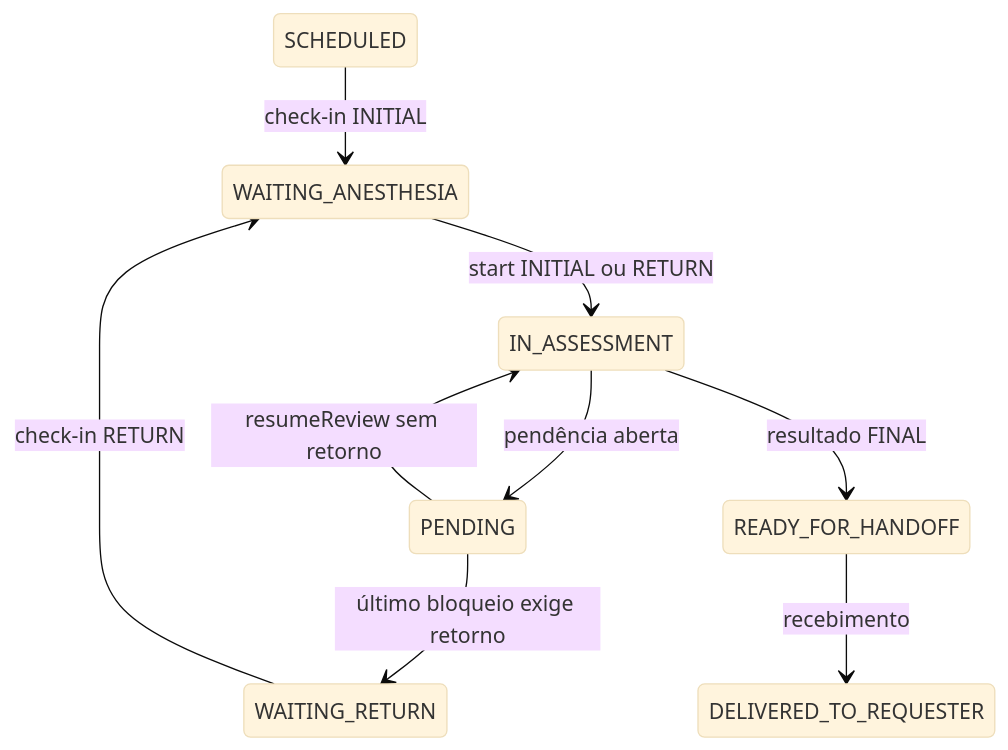
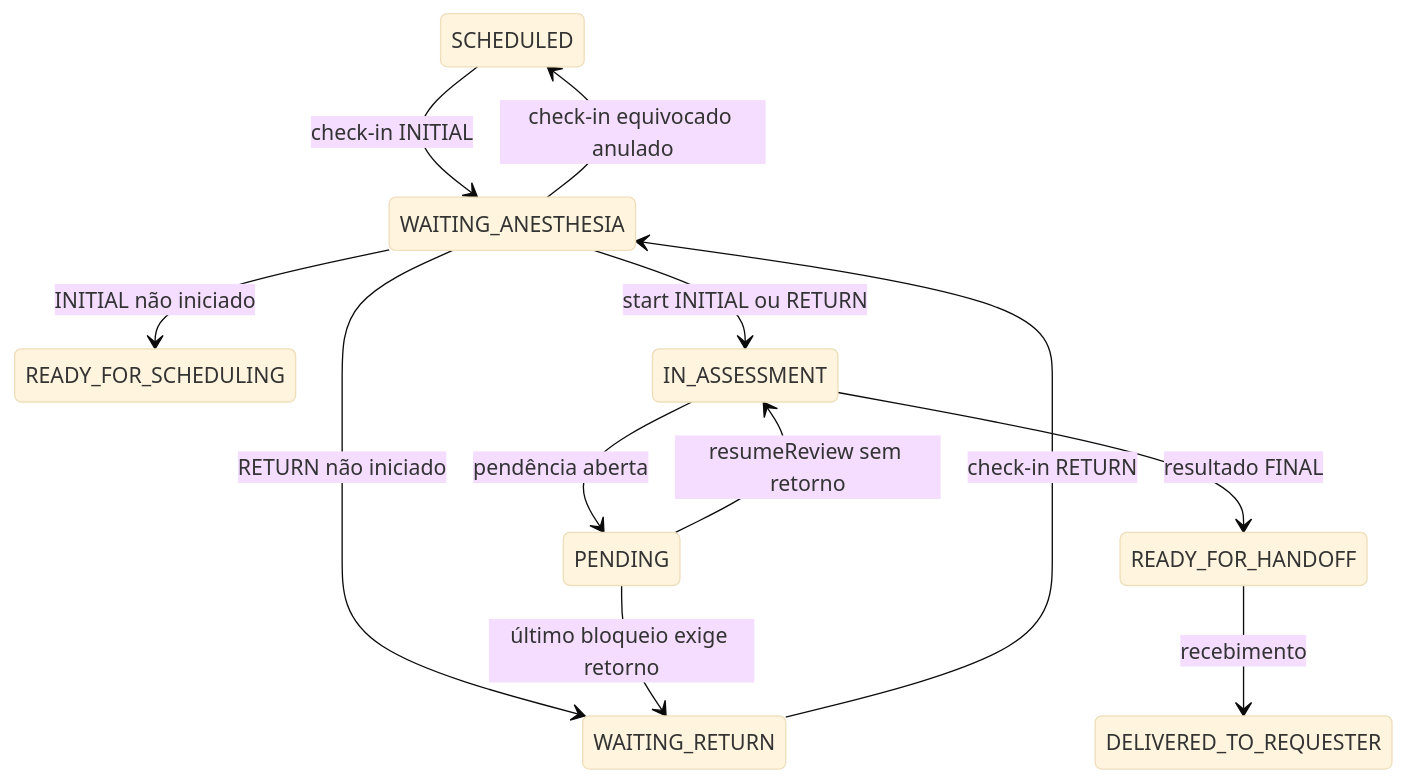
One commit to nmarcofernandess/antessala changed the first of 3 diagrams in hack/domains/ANALYST-avaliacao-pendencias-e-handoff.md. Above: the diagram before and after it, drawn with Mermaid (base theme). The commit also changed other lines of this file and 10 other files, not shown here.

````diff
--- a/hack/domains/ANALYST-avaliacao-pendencias-e-handoff.md
+++ b/hack/domains/ANALYST-avaliacao-pendencias-e-handoff.md
@@ -153,11 +154,14 @@
 ```mermaid
 stateDiagram-v2
   SCHEDULED --> WAITING_ANESTHESIA: check-in INITIAL
+  WAITING_ANESTHESIA --> SCHEDULED: check-in equivocado anulado
+  WAITING_ANESTHESIA --> READY_FOR_SCHEDULING: INITIAL não iniciado
+  WAITING_ANESTHESIA --> WAITING_RETURN: RETURN não iniciado
   WAITING_ANESTHESIA --> IN_ASSESSMENT: start INITIAL ou RETURN
   IN_ASSESSMENT --> PENDING: pendência aberta
   PENDING --> IN_ASSESSMENT: resumeReview sem retorno
   PENDING --> WAITING_RETURN: último bloqueio exige retorno
   WAITING_RETURN --> WAITING_ANESTHESIA: check-in RETURN
   IN_ASSESSMENT --> READY_FOR_HANDOFF: resultado FINAL
   READY_FOR_HANDOFF --> DELIVERED_TO_REQUESTER: recebimento
 ```
````
